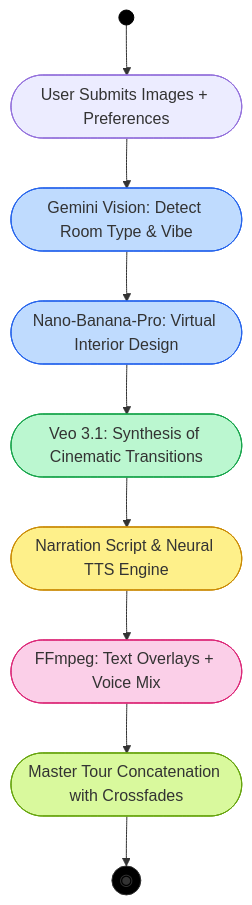
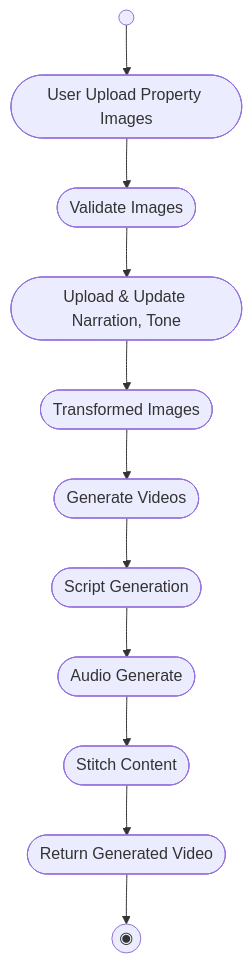
One commit to 23f2002284/VistaAI changed the second of 6 diagrams in README.md. Above: the diagram before and after it, drawn with Mermaid. The commit also changed other lines of this file and 1 other file, not shown here.

Commit message:
minor error in diagram solved

````diff
--- a/README.md
+++ b/README.md
@@ -54,20 +54,13 @@
 ```mermaid
 flowchart TD
-    Start(( )) --> Upload([User Submits Images + Preferences])
-    Upload --> Analysis([Gemini Vision: Detect Room Type & Vibe])
-    Analysis --> Staging([Nano-Banana-Pro: Virtual Interior Design])
-    Staging --> Video([Veo 3.1: Synthesis of Cinematic Transitions])
-    Video --> Audio([Narration Script & Neural TTS Engine])
-    Audio --> Assemble([FFmpeg: Text Overlays + Voice Mix])
-    Assemble --> Final([Master Tour Concatenation with Crossfades])
-    Final --> End((◉))
-
-    style Start fill:#000,stroke:#000
-    style End fill:#000,stroke:#333
-    style Analysis fill:#bfdbfe,stroke:#2563eb
-    style Staging fill:#bfdbfe,stroke:#2563eb
-    style Video fill:#bbf7d0,stroke:#16a34a
-    style Audio fill:#fef08a,stroke:#ca8a04
-    style Assemble fill:#fbcfe8,stroke:#db2777
-    style Final fill:#d9f99d,stroke:#65a30d
+    S(( )) --> A([User Upload Property Images])
+    A --> B([Validate Images])
+    B --> C([Upload & Update Narration, Tone])
+    C --> D([Transformed Images])
+    D --> E([Generate Videos])
+    E --> F([Script Generation])
+    F --> G([Audio Generate])
+    G --> H([Stitch Content])
+    H --> I([Return Generated Video])
+    I --> Z((◉))
 ```
````
